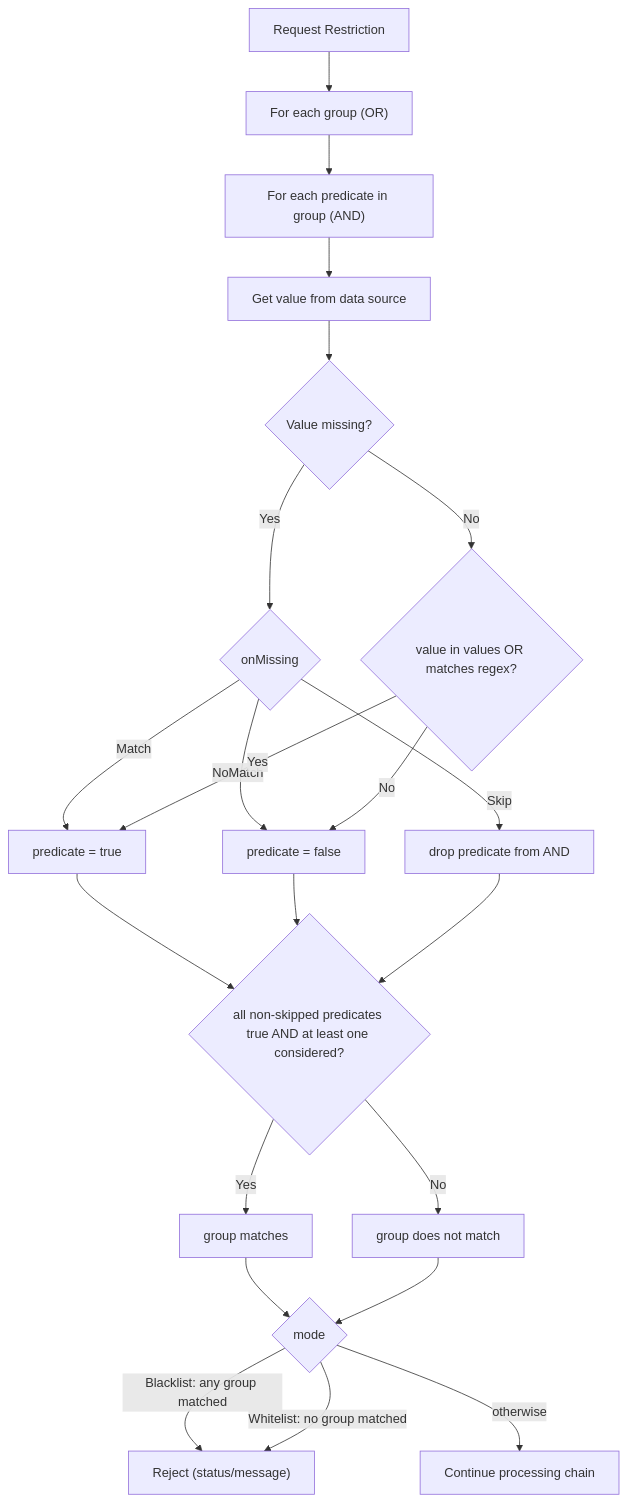
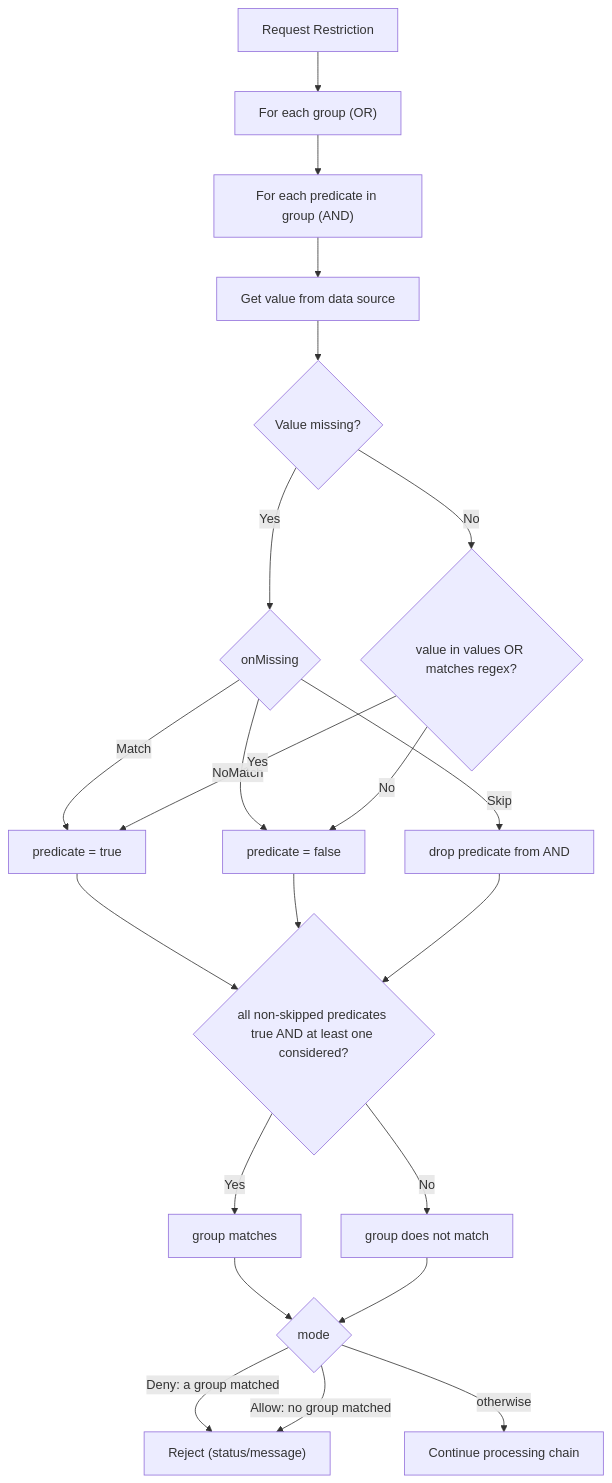
Before and after one commit to Pandaala/Edgion: the diagram in docs/en/user-guide/http-route/filters/edgion-plugins/request-restriction.md, drawn with Mermaid. The commit also changed other lines of this file and 31 other files, not shown here.

````diff
--- a/docs/en/user-guide/http-route/filters/edgion-plugins/request-restriction.md
+++ b/docs/en/user-guide/http-route/filters/edgion-plugins/request-restriction.md
@@ -152,24 +154,24 @@
 ```mermaid
 flowchart TD
     A["Request Restriction"] --> B["For each group (OR)"]
     B --> C["For each predicate in group (AND)"]
     C --> D["Get value from data source"]
     D --> E{"Value missing?"}
     E -->|Yes| F{"onMissing"}
     F -->|Match| P1["predicate = true"]
     F -->|NoMatch| P0["predicate = false"]
     F -->|Skip| PS["drop predicate from AND"]
     E -->|No| G{"value in values OR matches regex?"}
     G -->|Yes| P1
     G -->|No| P0
     P1 --> H{"all non-skipped predicates true AND at least one considered?"}
     P0 --> H
     PS --> H
     H -->|Yes| M["group matches"]
     H -->|No| N["group does not match"]
     M --> J{"mode"}
     N --> J
-    J -->|"Blacklist: any group matched"| K["Reject (status/message)"]
-    J -->|"Whitelist: no group matched"| K
+    J -->|"Deny: a group matched"| K["Reject (status/message)"]
+    J -->|"Allow: no group matched"| K
     J -->|otherwise| L["Continue processing chain"]
 ```
````
